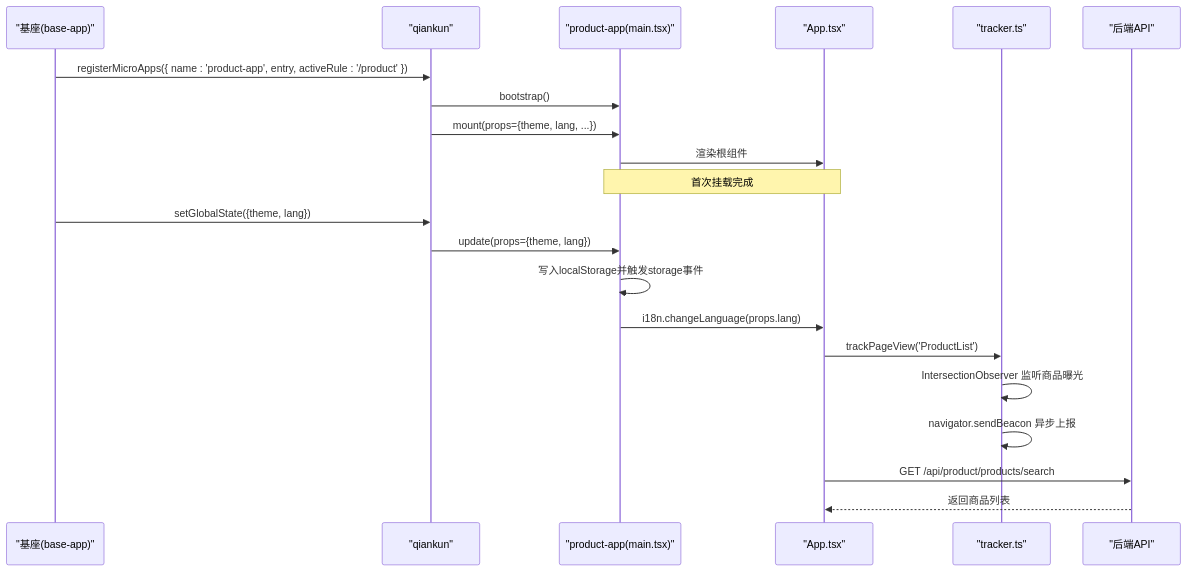
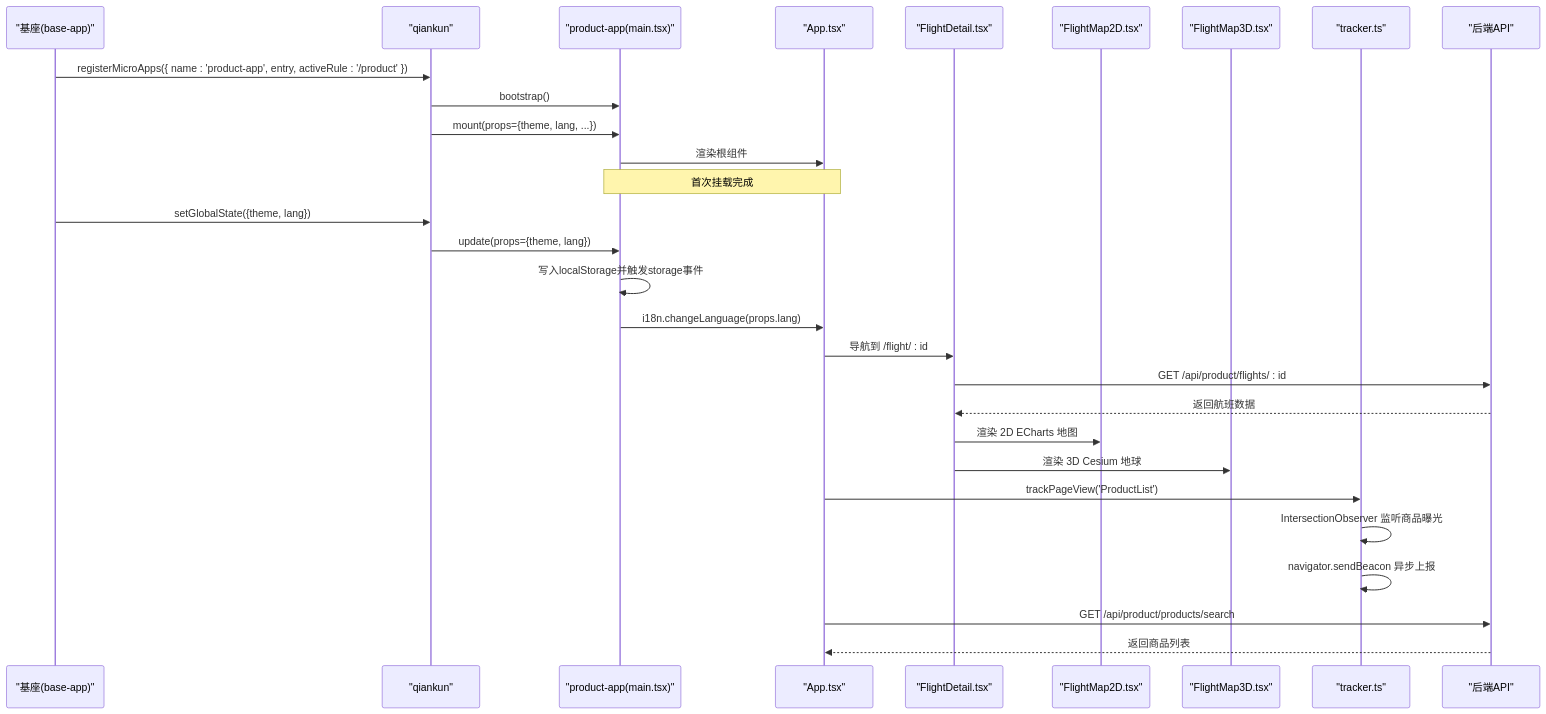
One commit to haohailiang/qoder-fullstack changed the second of 10 diagrams in .qoder/repowiki/zh/content/前端架构设计/商品子应用(product-app)/商品子应用(product-app).md. Above: the diagram before and after it, drawn with Mermaid. The commit also changed other lines of this file and 45 other files, not shown here.

````diff
--- a/.qoder/repowiki/zh/content/前端架构设计/商品子应用(product-app)/商品子应用(product-app).md
+++ b/.qoder/repowiki/zh/content/前端架构设计/商品子应用(product-app)/商品子应用(product-app).md
@@ -124,23 +154,31 @@
 ```mermaid
 sequenceDiagram
 participant Base as "基座(base-app)"
 participant QK as "qiankun"
 participant Prod as "product-app(main.tsx)"
 participant App as "App.tsx"
+participant Flight as "FlightDetail.tsx"
+participant Map2D as "FlightMap2D.tsx"
+participant Map3D as "FlightMap3D.tsx"
 participant Tracker as "tracker.ts"
 participant API as "后端API"
 Base->>QK : registerMicroApps({ name : 'product-app', entry, activeRule : '/product' })
 QK->>Prod : bootstrap()
 QK->>Prod : mount(props={theme, lang, ...})
 Prod->>App : 渲染根组件
 Note over Prod,App : 首次挂载完成
 Base->>QK : setGlobalState({theme, lang})
 QK->>Prod : update(props={theme, lang})
 Prod->>Prod : 写入localStorage并触发storage事件
 Prod->>App : i18n.changeLanguage(props.lang)
+App->>Flight : 导航到 /flight/ : id
+Flight->>API : GET /api/product/flights/ : id
+API-->>Flight : 返回航班数据
+Flight->>Map2D : 渲染 2D ECharts 地图
+Flight->>Map3D : 渲染 3D Cesium 地球
 App->>Tracker : trackPageView('ProductList')
 Tracker->>Tracker : IntersectionObserver 监听商品曝光
 Tracker->>Tracker : navigator.sendBeacon 异步上报
 App->>API : GET /api/product/products/search
 API-->>App : 返回商品列表
 ```
````
